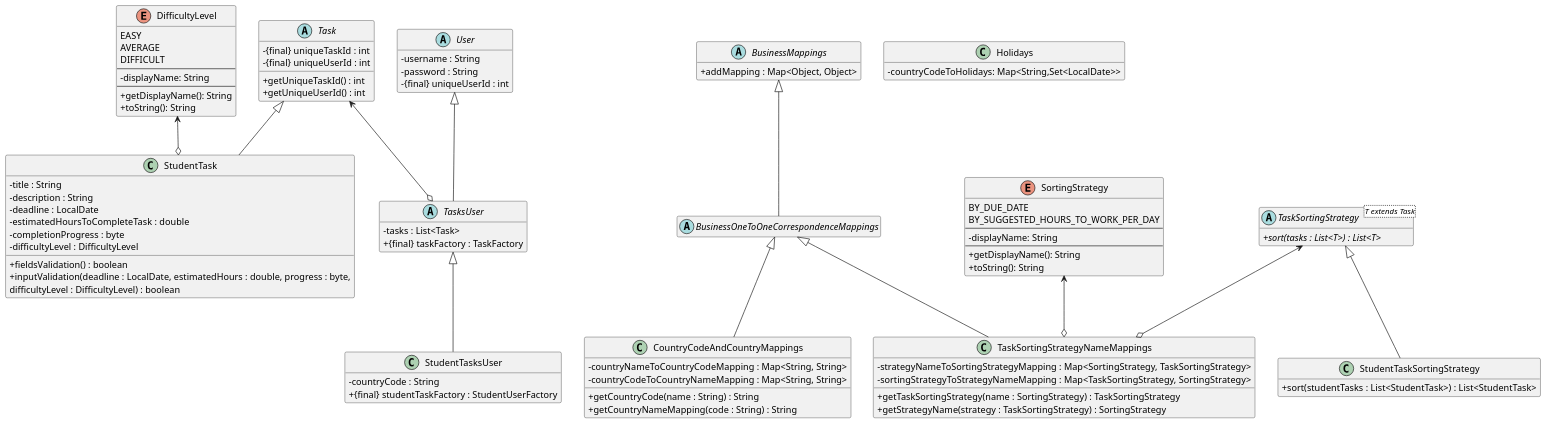
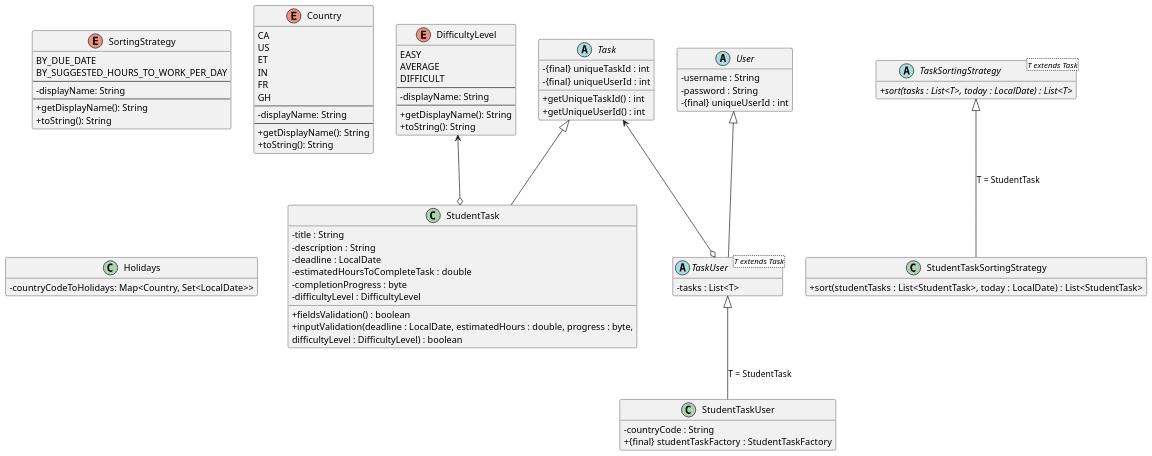
Before and after one commit to CSC207-2025F-UofT/team-project: the first of 2 diagrams in Entities.puml, drawn with PlantUML. The commit also changed other lines of this file and 2 other files, not shown here.

Commit message:
add country enumeration, revised entities.puml and clarified README.md

```diff
--- a/Entities.puml
+++ b/Entities.puml
@@ -1,144 +1,132 @@
 @startuml
 'https://plantuml.com/class-diagram
 ' `..|>` represents Interface Realization/Implementation (dashed line with an open arrow).
 ' `--|>` represents Inheritance/Generalization (solid line with an open arrow).
-' `o-->` represents Aggregation (a hollow diamond pointing to the owner/container). The "\*" indicates multiplicity (e.g., Drawing holds multiple Shape objects).
+' `o-->` represents Aggregation (a hollow diamond pointing to the owner/container).
+'     The "\*" indicates multiplicity (e.g., Drawing holds multiple Shape objects).
 skinparam dpi 120
 skinparam classAttributeIconSize 0
 hide empty members
 
 ' ========
 ' Foundational entities
 ' ========
 
 ' The enumeration here must be properly ordered
 enum DifficultyLevel {
   EASY
   AVERAGE
   DIFFICULT
   --
   -displayName: String
   --
   +getDisplayName(): String
   +toString(): String
 }
 
 enum SortingStrategy {
   BY_DUE_DATE
   BY_SUGGESTED_HOURS_TO_WORK_PER_DAY
   --
   -displayName: String
   --
   +getDisplayName(): String
   +toString(): String
 }
 
-abstract class BusinessMappings {
-  + addMapping : Map<Object, Object>
+' CA - Canada, US - USA, ET - Ethiopia, IN - India, FR - France, GH - Ghana
+enum Country {
+  CA
+  US
+  ET
+  IN
+  FR
+  GH
+  --
+  -displayName: String
+  --
+  +getDisplayName(): String
+  +toString(): String
 }
 
-' Maps with keys and values being both one-to-one and onto
-abstract class BusinessOneToOneCorrespondenceMappings
-
-' CA - Canada, US - USA, ET - Ethiopia, IN - India, FR - France, GH - Ghana
-class CountryCodeAndCountryMappings {
-  - countryNameToCountryCodeMapping : Map<String, String>
-  - countryCodeToCountryNameMapping : Map<String, String>
-  + getCountryCode(name : String) : String
-  + getCountryNameMapping(code : String) : String
-}
-
-class TaskSortingStrategyNameMappings {
- - strategyNameToSortingStrategyMapping : Map<SortingStrategy, TaskSortingStrategy>
- - sortingStrategyToStrategyNameMapping : Map<TaskSortingStrategy, SortingStrategy>
- + getTaskSortingStrategy(name : SortingStrategy) : TaskSortingStrategy
- + getStrategyName(strategy : TaskSortingStrategy) : SortingStrategy
-}
-
-' The uniqueId is only unique per user
-' The uniqueUserId reflects the user that owns the task
+' The `uniqueTaskId` is only unique per user
+' The `uniqueUserId` reflects the user that owns the `Task`
 abstract class Task {
   - {final} uniqueTaskId : int
   - {final} uniqueUserId : int
   + getUniqueTaskId() : int
   + getUniqueUserId() : int
 }
 
 ' The `fieldsValidation()` method checks the following in the fields of the StudentTask object:
 ' - The estimated number of hours needed to complete the task must be positive
 ' - The completion progress must be an integer between 0 and 100. Both 0 and 100 are allowed.
-' - The `deadline` field cannot be empty, and it could be a date that has already passed.
+' - The `deadline` field cannot be empty, and it can be a date that has already passed.
 ' - The `uniqueUserId` field cannot be 0 (the default initializing value)
-' - Neither the title nor the description can be null, although they can be empty string.
-' - The difficulty level cannot be null
+' - Neither the title nor the description can be null, although they can be empty strings.
+' - The difficulty level cannot be `null`.
 ' The constructor of `StudentTask` should use the method `fieldsValidation()` to double-check the validity of the
 '     object created, and throw an error if the item is not valid.
 ' The setter of `StudentTask` should use the method `fieldsValidation()` to double-check the validity of the object
 '     before and after the fields are changed, and throw an error if the item is not valid.
 ' The `inputValidation()` method checks the following inputs, which may or may not be fields of the StudentTask object.
 '     This method would be used in the setter methods of the following fields, before the changes, to prevent illegal
 '     inputs from modifying these fields of the `StudentTask` object. In addition, this method can be used in the use
-'     cases to prevent user entering bad data, corrupting the `StudentTask`.
+'     cases to prevent users from entering bad data, corrupting the `StudentTask`.
 ' - The `deadline`
 ' - The `estimated number of hours`
 ' - The `completion progress`
 ' - The `difficultyLevel`
 class StudentTask {
   - title : String
   - description : String
   - deadline : LocalDate
   - estimatedHoursToCompleteTask : double
   - completionProgress : byte
   - difficultyLevel : DifficultyLevel
   + fieldsValidation() : boolean
   + inputValidation(deadline : LocalDate, estimatedHours : double, progress : byte,
       difficultyLevel : DifficultyLevel) : boolean
 }
 
 abstract class User {
   - username : String
   - password : String
   - {final} uniqueUserId : int
 }
 
-abstract class TasksUser {
-  - tasks : List<Task>
-  + {final} taskFactory : TaskFactory
+abstract class TaskUser<T extends Task> {
+  - tasks : List<T>
 }
 
-class StudentTasksUser {
+class StudentTaskUser {
   - countryCode : String
-  + {final} studentTaskFactory : StudentUserFactory
+  + {final} studentTaskFactory : StudentTaskFactory
 }
 
 abstract class TaskSortingStrategy<T extends Task> {
-  + {abstract} sort(tasks : List<T>) : List<T>
+  + {abstract} sort(tasks : List<T>, today : LocalDate) : List<T>
 }
 
 class StudentTaskSortingStrategy {
-  + sort(studentTasks : List<StudentTask>) : List<StudentTask>
+  + sort(studentTasks : List<StudentTask>, today : LocalDate) : List<StudentTask>
 }
 
 ' Country code is in ISO 3166-1 alpha-2 code
 class Holidays {
-  - countryCodeToHolidays: Map<String,Set<LocalDate>>
+  - countryCodeToHolidays: Map<Country, Set<LocalDate>>
 }
 
-BusinessMappings <|-- BusinessOneToOneCorrespondenceMappings
-BusinessOneToOneCorrespondenceMappings <|-- CountryCodeAndCountryMappings
-BusinessOneToOneCorrespondenceMappings <|-- TaskSortingStrategyNameMappings
 
 Task <|-- StudentTask
 
-User <|-- TasksUser
-TasksUser <|-- StudentTasksUser
+User <|-- TaskUser
+TaskUser <|-- StudentTaskUser : T = StudentTask
 
-Task <--o TasksUser
+Task <--o TaskUser
 
-TaskSortingStrategy <|-- StudentTaskSortingStrategy
+TaskSortingStrategy <|-- StudentTaskSortingStrategy : T = StudentTask
 
-TaskSortingStrategy <--o TaskSortingStrategyNameMappings
 DifficultyLevel <--o StudentTask
-SortingStrategy <--o TaskSortingStrategyNameMappings
 
 @enduml
```
